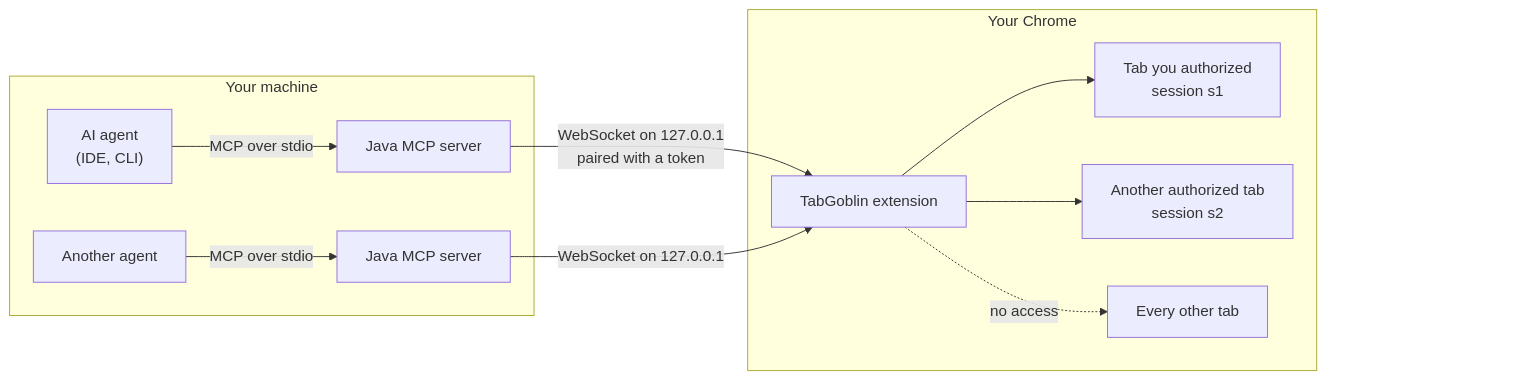
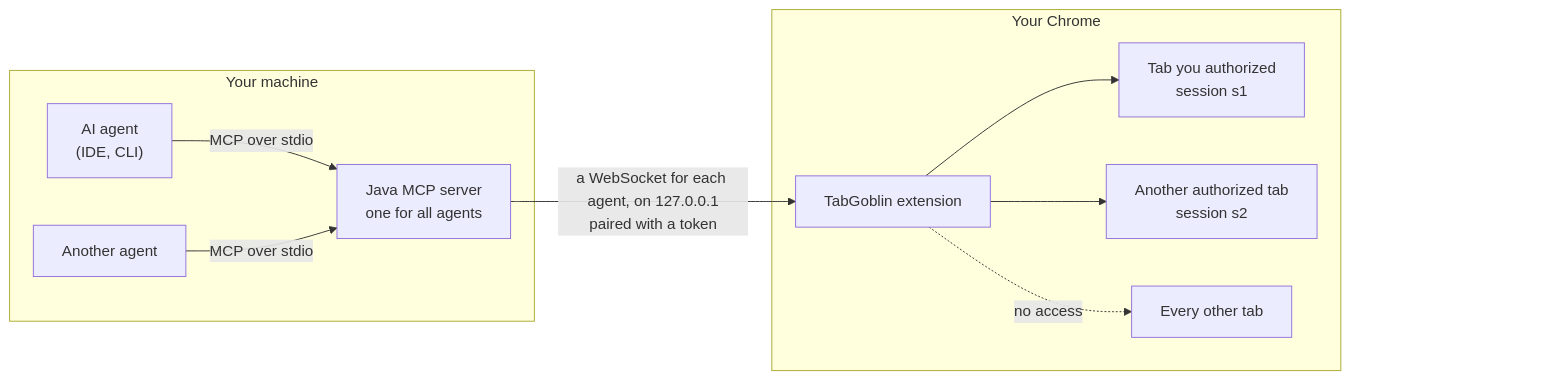
Before and after one commit to LaughingManCommits/TabGoblin: the diagram in README.md, drawn with Mermaid. The commit also changed 40 other files, not shown here.

````diff
--- a/README.md
+++ b/README.md
@@ -14,19 +14,18 @@
 ```mermaid
 flowchart LR
   subgraph IDE["Your machine"]
-    A1["AI agent<br/>(IDE, CLI)"] -- "MCP over stdio" --> S1["Java MCP server"]
-    A2["Another agent"] -- "MCP over stdio" --> S2["Java MCP server"]
+    A1["AI agent<br/>(IDE, CLI)"] -- "MCP over stdio" --> S["Java MCP server<br/>one for all agents"]
+    A2["Another agent"] -- "MCP over stdio" --> S
   end
   subgraph Chrome["Your Chrome"]
     X["TabGoblin extension"] --> T1["Tab you authorized<br/>session s1"]
     X --> T2["Another authorized tab<br/>session s2"]
     X -. "no access" .-> T3["Every other tab"]
   end
-  S1 -- "WebSocket on 127.0.0.1<br/>paired with a token" --> X
-  S2 -- "WebSocket on 127.0.0.1" --> X
+  S -- "a WebSocket for each agent, on 127.0.0.1<br/>paired with a token" --> X
   %% Empty places at the right edge: GitHub lays its zoom buttons over the bottom right corner of a
   %% diagram. One was too little: an empty box has next to no width there, only the gap before it.
   T3 ~~~ ROOM1[" "] ~~~ ROOM2[" "]
   style ROOM1 fill:none,stroke:none
   style ROOM2 fill:none,stroke:none
 ```
````
